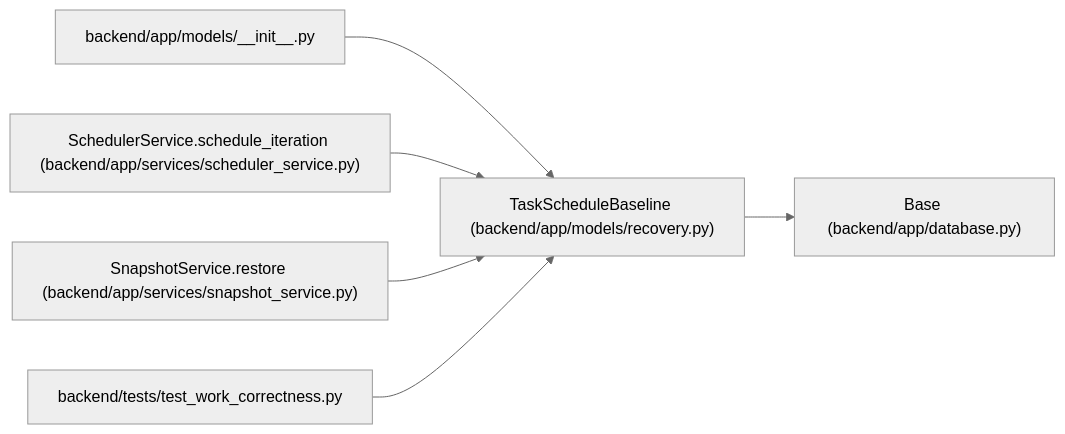
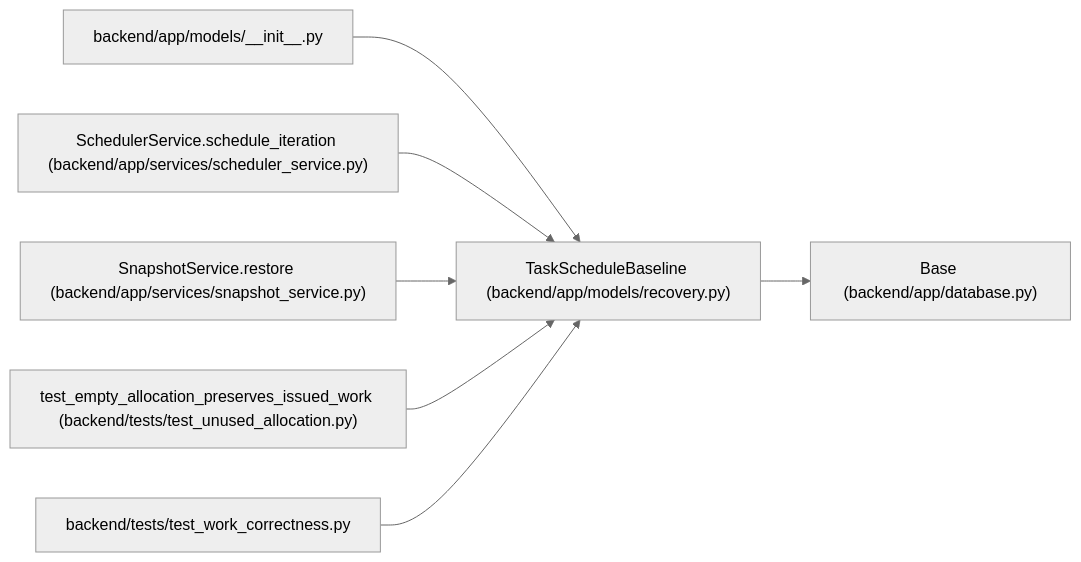
One commit to Denissvgn/WorkChord changed the diagram in docs/llm_wiki/entities/TaskScheduleBaseline.md. Above: the diagram before and after it, drawn with Mermaid (neutral theme). The commit also changed other lines of this file and 636 other files, not shown here.

````diff
--- a/docs/llm_wiki/entities/TaskScheduleBaseline.md
+++ b/docs/llm_wiki/entities/TaskScheduleBaseline.md
@@ -33,20 +33,23 @@
 ```mermaid
 flowchart LR
     n0["TaskScheduleBaseline (backend/app/models/recovery.py)"]
     n1["Base (backend/app/database.py)"]
     n2["backend/app/models/__init__.py"]
     n3["SchedulerService.schedule_iteration (backend/app/services/scheduler_service.py)"]
     n4["SnapshotService.restore (backend/app/services/snapshot_service.py)"]
-    n5["backend/tests/test_work_correctness.py"]
+    n5["test_empty_allocation_preserves_issued_work (backend/tests/test_unused_allocation.py)"]
+    n6["backend/tests/test_work_correctness.py"]
     n0 --> n1
     n2 --> n0
     n3 --> n0
     n4 --> n0
     n5 --> n0
+    n6 --> n0
     click n0 "../modules/recovery.md"
     click n1 "../modules/app_database.md"
     click n2 "../modules/models___init__.md"
     click n3 "../modules/scheduler_service.md"
     click n4 "../modules/snapshot_service.md"
-    click n5 "../modules/test_work_correctness.md"
+    click n5 "../modules/test_unused_allocation.md"
+    click n6 "../modules/test_work_correctness.md"
 ```
````
